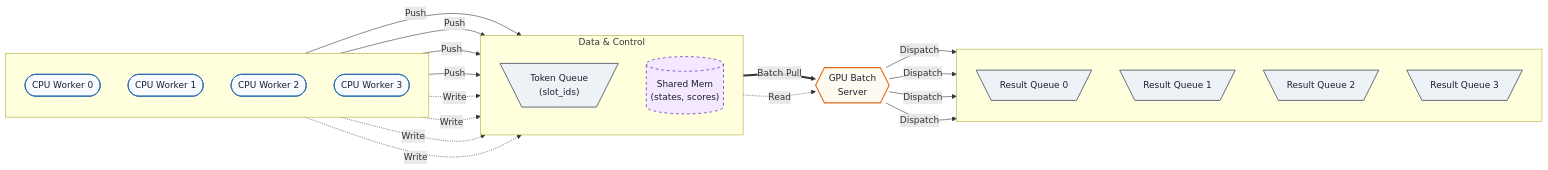
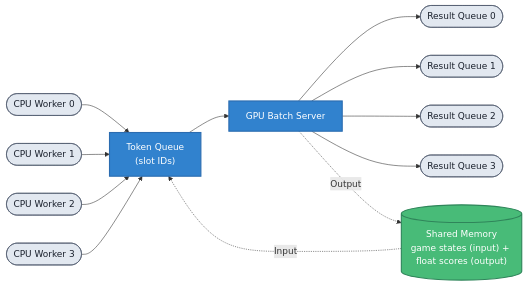
The third of 3 diagrams in README.md (emanuellcs/rads-arc-2026), drawn with Mermaid before and after one commit. The commit also changed other lines of this file, not shown here.

````diff
--- a/README.md
+++ b/README.md
@@ -201,41 +320,35 @@
 ```mermaid
 flowchart LR
     %% Styling
-    classDef worker fill:#f8fbff,stroke:#2b6cb0,stroke-width:1.5px,color:#1a202c
-    classDef queue fill:#edf2f7,stroke:#4a5568,stroke-width:1.5px,color:#1a202c
-    classDef server fill:#fffaf0,stroke:#dd6b20,stroke-width:2px,color:#1a202c
-    classDef memory fill:#f3e8ff,stroke:#6b46c1,stroke-width:1.5px,stroke-dasharray: 5 5,color:#1a202c
+    classDef worker fill:#E2E8F0, stroke:#4A5568, stroke-width:1px, color:#1A202C
+    classDef core fill:#3182CE, stroke:#2B6CB0, stroke-width:2px, color:#FFFFFF
+    classDef memory fill:#48BB78, stroke:#2F855A, stroke-width:2px, color:#FFFFFF
 
-    subgraph Input [ ]
-        direction TB
-        W0([CPU Worker 0]):::worker
-        W1([CPU Worker 1]):::worker
-        W2([CPU Worker 2]):::worker
-        W3([CPU Worker 3]):::worker
-    end
+    %% CPU Workers
+    W0([CPU Worker 0]):::worker
+    W1([CPU Worker 1]):::worker
+    W2([CPU Worker 2]):::worker
+    W3([CPU Worker 3]):::worker
 
-    subgraph CommLayer [Data & Control]
-        direction TB
-        TQ[\"Token Queue<br/>(slot_ids)"/]:::queue
-        SM[("Shared Mem<br/>(states, scores)")]:::memory
-    end
+    %% Core Pipeline
+    TQ["Token Queue<br>(slot IDs)"]:::core
+    GPU["GPU Batch Server"]:::core
 
-    GPU{{"GPU Batch<br/>Server"}}:::server
+    %% Result Queues
+    R0([Result Queue 0]):::worker
+    R1([Result Queue 1]):::worker
+    R2([Result Queue 2]):::worker
+    R3([Result Queue 3]):::worker
 
-    subgraph Output [ ]
-        direction TB
-        R0[\"Result Queue 0"/]:::queue
-        R1[\"Result Queue 1"/]:::queue
-        R2[\"Result Queue 2"/]:::queue
-        R3[\"Result Queue 3"/]:::queue
-    end
+    %% Shared Memory
+    SM[("Shared Memory<br>game states (input) + float scores (output)")]:::memory
 
-    %% Flow connections
-    W0 & W1 & W2 & W3 -->|Push| TQ
-    TQ ==>|Batch Pull| GPU
-    GPU -->|Dispatch| R0 & R1 & R2 & R3
+    %% Main Pipeline Connections
+    W0 & W1 & W2 & W3 --> TQ
+    TQ --> GPU
+    GPU --> R0 & R1 & R2 & R3
 
-    %% Shared memory interactions (implied data plane)
-    W0 & W1 & W2 & W3 -.->|Write| SM
-    SM -.->|Read| GPU
+    %% Shared Memory Connections
+    SM -. "Input" .-> TQ
+    GPU -. "Output" .-> SM
 ```
````
